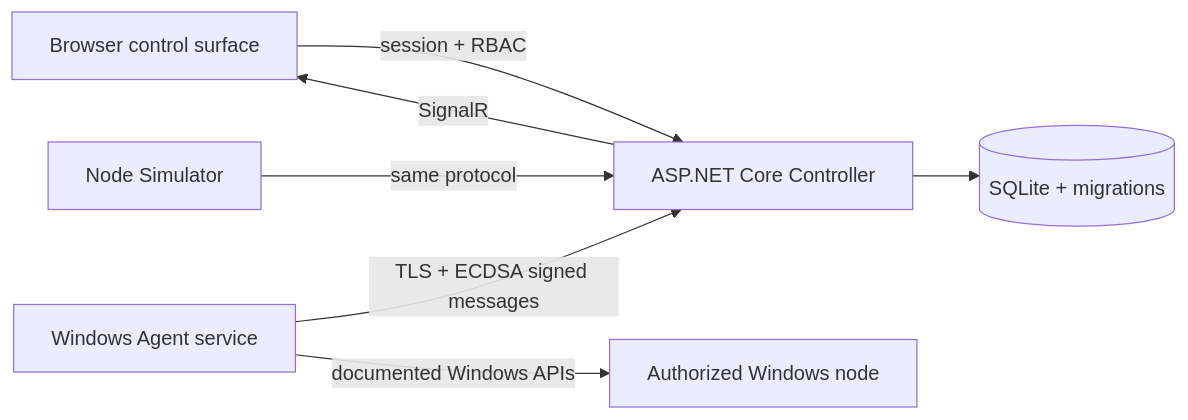
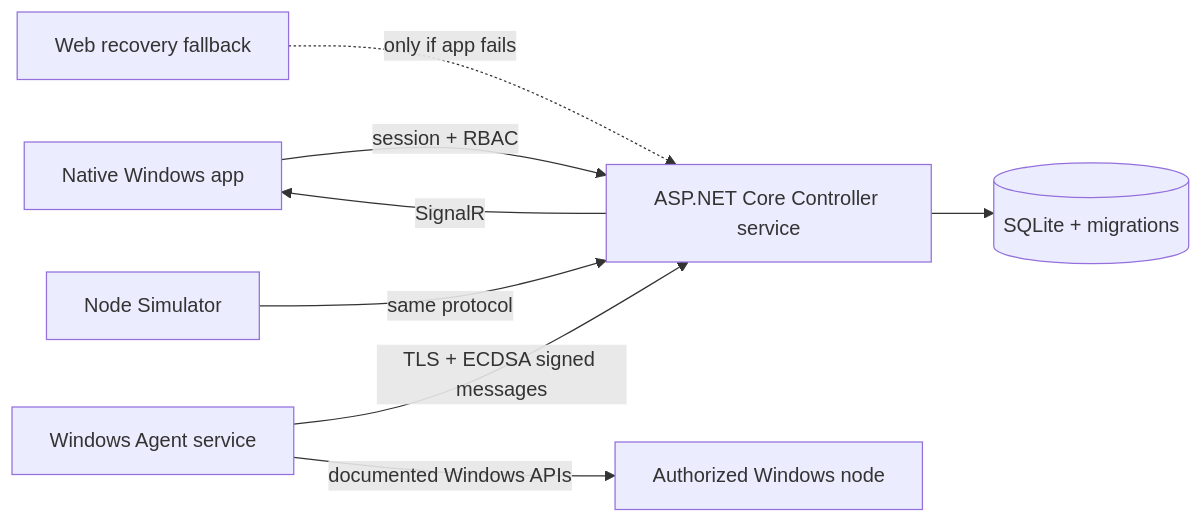
The diagram in README.md (Bradock213lol/Veltrix-Control), drawn with Mermaid before and after one commit. The commit also changed other lines of this file and 44 other files, not shown here.

Commit message:
feat: add native desktop control center

````diff
--- a/README.md
+++ b/README.md
@@ -34,9 +41,10 @@
 ```mermaid
 flowchart LR
-    UI[Browser control surface] -->|session + RBAC| C[ASP.NET Core Controller]
+    UI[Native Windows app] -->|session + RBAC| C[ASP.NET Core Controller service]
+    F[Web recovery fallback] -.->|only if app fails| C
     C --> DB[(SQLite + migrations)]
     C -->|SignalR| UI
     A[Windows Agent service] -->|TLS + ECDSA signed messages| C
     A -->|documented Windows APIs| W[Authorized Windows node]
     S[Node Simulator] -->|same protocol| C
 ```
````
